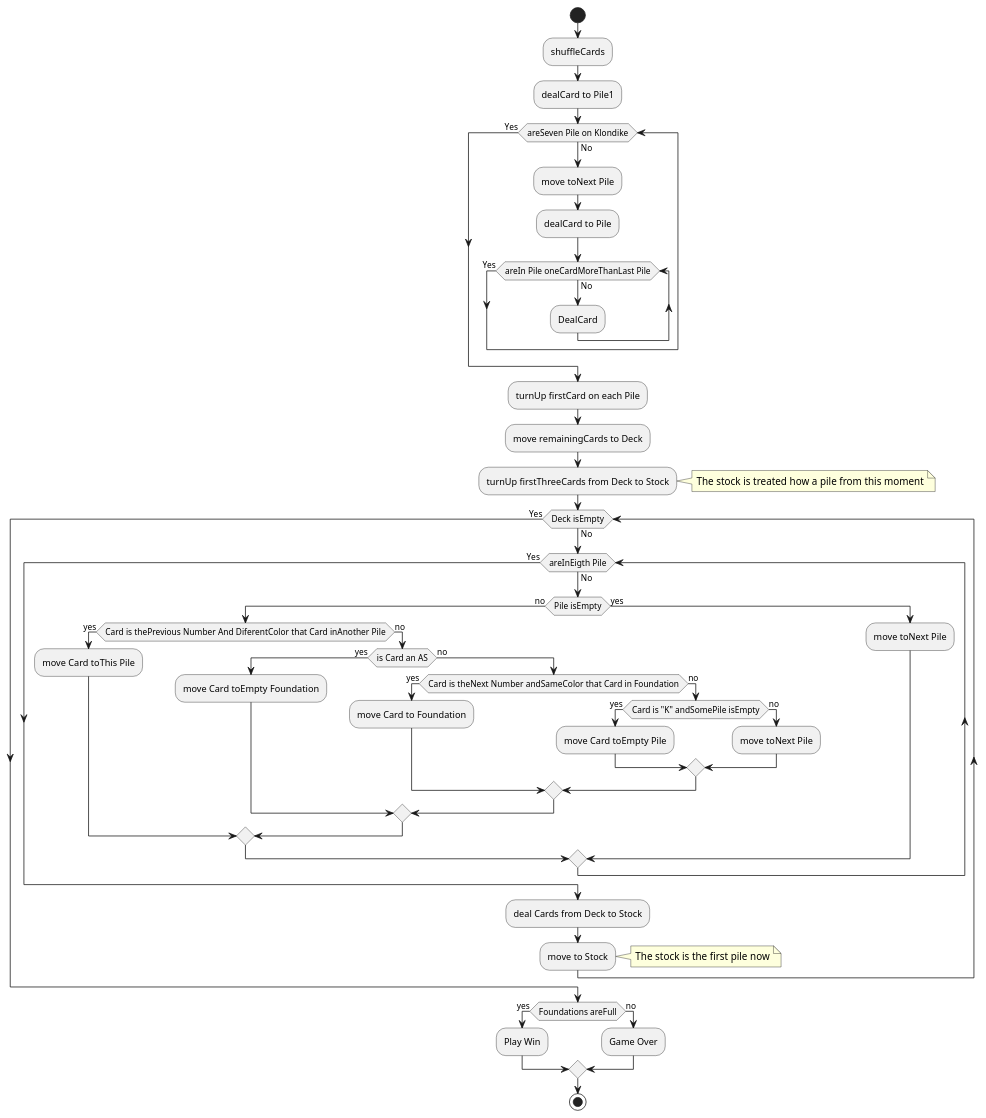
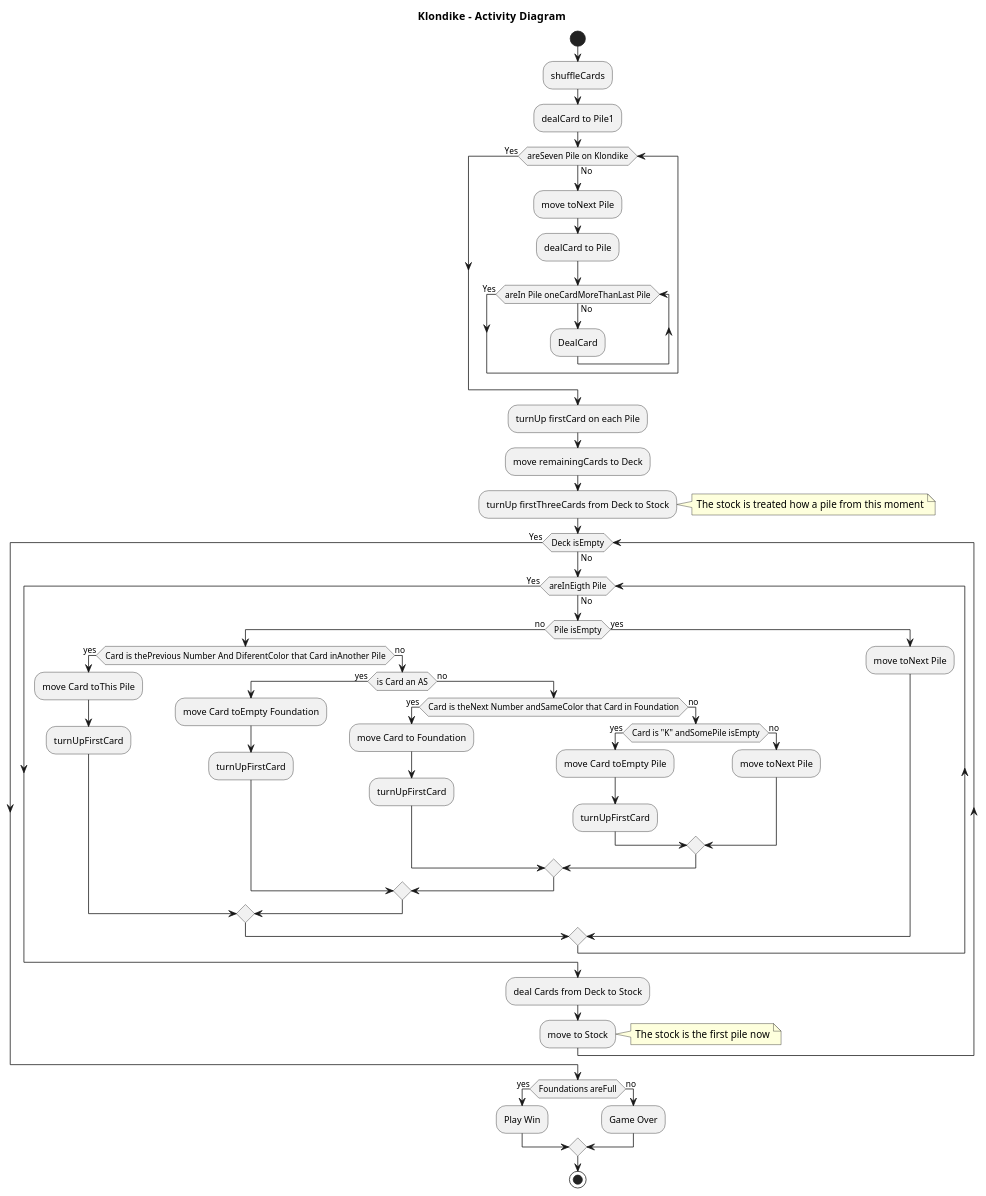
The diagram in 1 Modelo de Dominio/Diagrama de actividades.plantuml (AngelOS95P/Maestria_IngSoftware_grupo6), drawn with PlantUML before and after one commit. The commit also changed 3 other files, not shown here.

```diff
--- a/1 Modelo de Dominio/Diagrama de actividades.plantuml
+++ b/1 Modelo de Dominio/Diagrama de actividades.plantuml
@@ -1,55 +1,62 @@
-@startuml Actividades
+@startuml ActivityDiagram
+!pragma layout smetana
+title Klondike  - Activity Diagram
+
 start
 :shuffleCards;
 :dealCard to Pile1;
 
 while (areSeven Pile on Klondike)  is (No)
   :move toNext Pile;
   :dealCard to Pile;
   while (areIn Pile oneCardMoreThanLast Pile)  is (No)
     :DealCard;
   endwhile (Yes)
 endwhile (Yes)
 
 :turnUp firstCard on each Pile;
 :move remainingCards to Deck;
-:turnUp firstThreeCards from Deck to Stock; 
+:turnUp firstThreeCards from Deck to Stock;
 note right: The stock is treated how a pile from this moment
 
 while (Deck isEmpty) is (No)
   while (areInEigth Pile) is (No)
     if (Pile isEmpty) then (no)
       if (Card is thePrevious Number And DiferentColor that Card inAnother Pile) then (yes)
         :move Card toThis Pile;
+        :turnUpFirstCard;
       else (no)
         if (is Card an AS) then (yes)
           :move Card toEmpty Foundation;
+          :turnUpFirstCard;
         else (no)
           if (Card is theNext Number andSameColor that Card in Foundation) then (yes)
             :move Card to Foundation;
+            :turnUpFirstCard;
           else (no)
-            if (Card is "K" andSomePile isEmpty) then (yes) 
+            if (Card is "K" andSomePile isEmpty) then (yes)
               :move Card toEmpty Pile;
+              :turnUpFirstCard;
             else (no)
               :move toNext Pile;
              endif
            endif
          endif
       endif
     else (yes)
       :move toNext Pile;
     endif
   endwhile (Yes)
-  :deal Cards from Deck to Stock; 
-  :move to Stock; 
+  :deal Cards from Deck to Stock;
+  :move to Stock;
   note right: The stock is the first pile now
 endwhile (Yes)
 if (Foundations areFull) then (yes)
   :Play Win;
 else (no)
   :Game Over;
 endif
 
 stop
 
 @enduml
```
